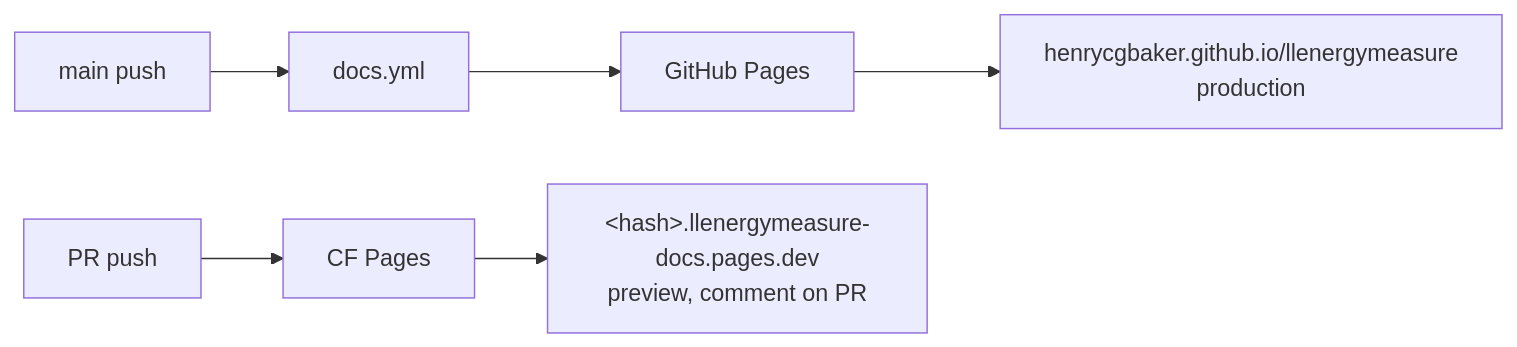
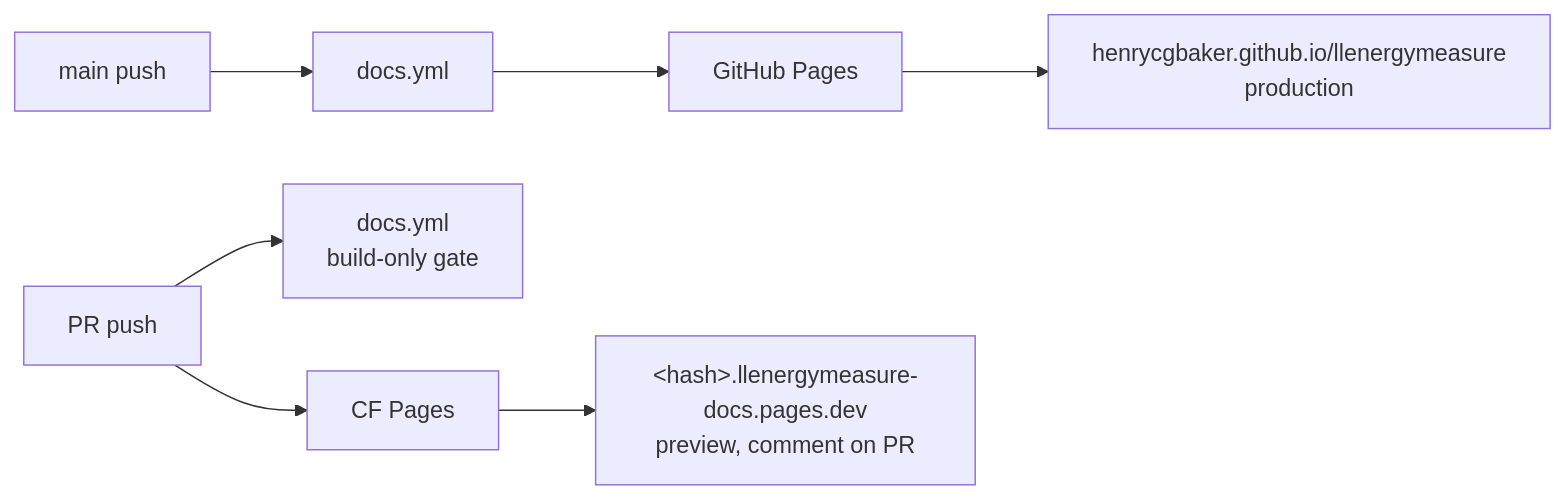
One commit to henrycgbaker/LLenergyMeasure changed the diagram in docs/contributing/preview-deployments.md. Above: the diagram before and after it, drawn with Mermaid. The commit also changed other lines of this file and 1 other file, not shown here.

````diff
--- a/docs/contributing/preview-deployments.md
+++ b/docs/contributing/preview-deployments.md
@@ -103,13 +114,15 @@
 ```mermaid
 flowchart LR
     prpush[PR push]
     mainpush[main push]
     cf[CF Pages]
-    docs[docs.yml]
+    docsPR["docs.yml<br/>build-only gate"]
+    docsMain[docs.yml]
     gh[GitHub Pages]
     preview["&lt;hash&gt;.llenergymeasure-docs.pages.dev<br/>preview, comment on PR"]
     prod["henrycgbaker.github.io/llenergymeasure<br/>production"]
 
+    prpush --> docsPR
     prpush --> cf --> preview
-    mainpush --> docs --> gh --> prod
+    mainpush --> docsMain --> gh --> prod
 ```
````
